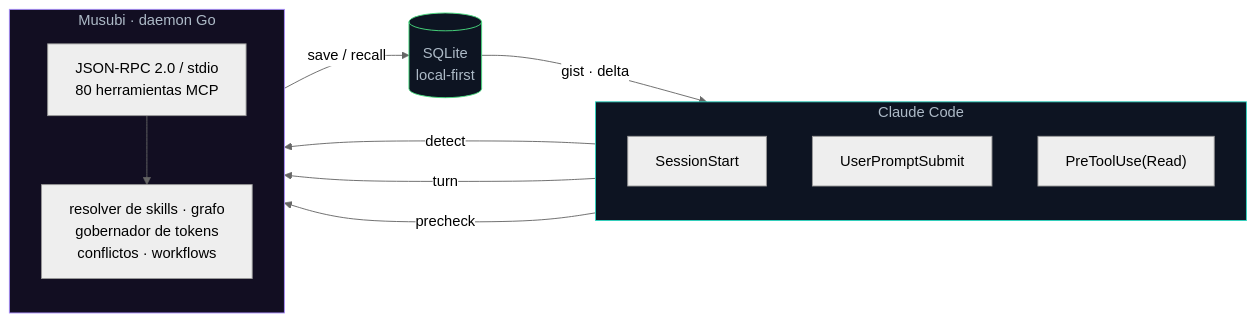
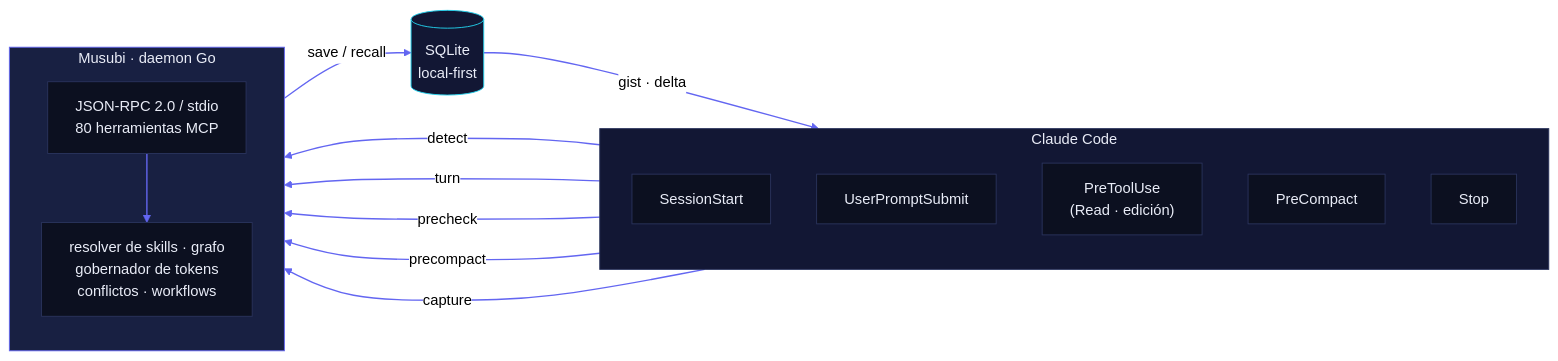
Before and after one commit to codeabraham16/musubi: the first of 3 diagrams in README.md, drawn with Mermaid (neutral theme). The commit also changed other lines of this file and 12 other files, not shown here.

````diff
--- a/README.md
+++ b/README.md
@@ -68,27 +114,34 @@
 ```mermaid
 flowchart LR
     subgraph CC["Claude Code"]
         direction TB
         H1["SessionStart"]
         H2["UserPromptSubmit"]
-        H3["PreToolUse(Read)"]
+        H3["PreToolUse<br/>(Read · edición)"]
+        H4["PreCompact"]
+        H5["Stop"]
     end
     subgraph M["Musubi · daemon Go"]
         direction TB
         RPC["JSON-RPC 2.0 / stdio<br/>80 herramientas MCP"]
         COG["resolver de skills · grafo<br/>gobernador de tokens<br/>conflictos · workflows"]
     end
     DB[("SQLite<br/>local-first")]
 
     H1 -- "detect" --> RPC
     H2 -- "turn" --> RPC
     H3 -- "precheck" --> RPC
+    H4 -- "precompact" --> RPC
+    H5 -- "capture" --> RPC
     RPC --> COG
     COG -- "save / recall" --> DB
     DB -- "gist · delta" --> CC
 
-    classDef cc fill:#0d1422,stroke:#2dd4bf,color:#adbac7;
-    classDef mm fill:#120e22,stroke:#a78bfa,color:#adbac7;
-    classDef db fill:#0d1422,stroke:#4ade80,color:#adbac7;
+    classDef cc fill:#121734,stroke:#2A335C,color:#E9ECF7;
+    classDef mm fill:#182042,stroke:#6366F1,color:#E9ECF7;
+    classDef db fill:#121734,stroke:#22D3EE,color:#E9ECF7;
+    classDef nd fill:#0C1020,stroke:#2A335C,color:#E9ECF7;
     class CC cc; class M mm; class DB db;
+    class H1,H2,H3,H4,H5,RPC,COG nd;
+    linkStyle default stroke:#6366F1,stroke-width:1.5px;
 ```
````
